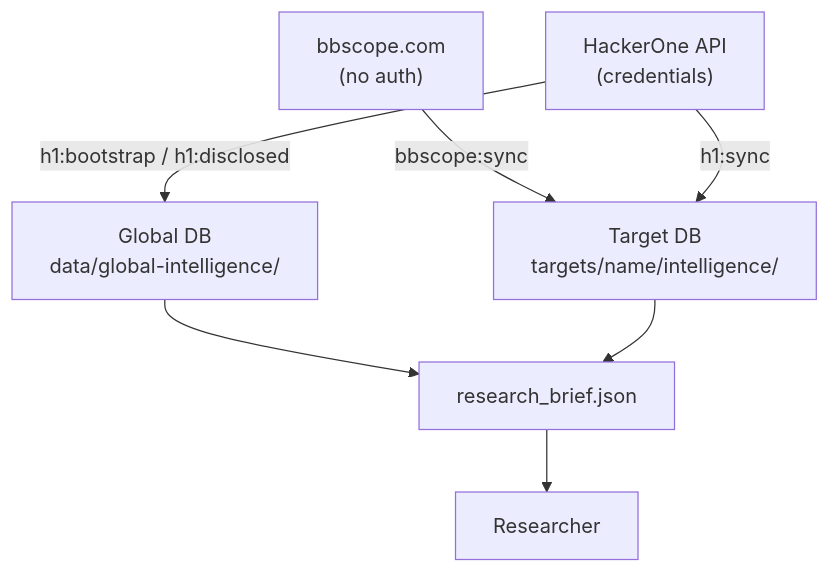
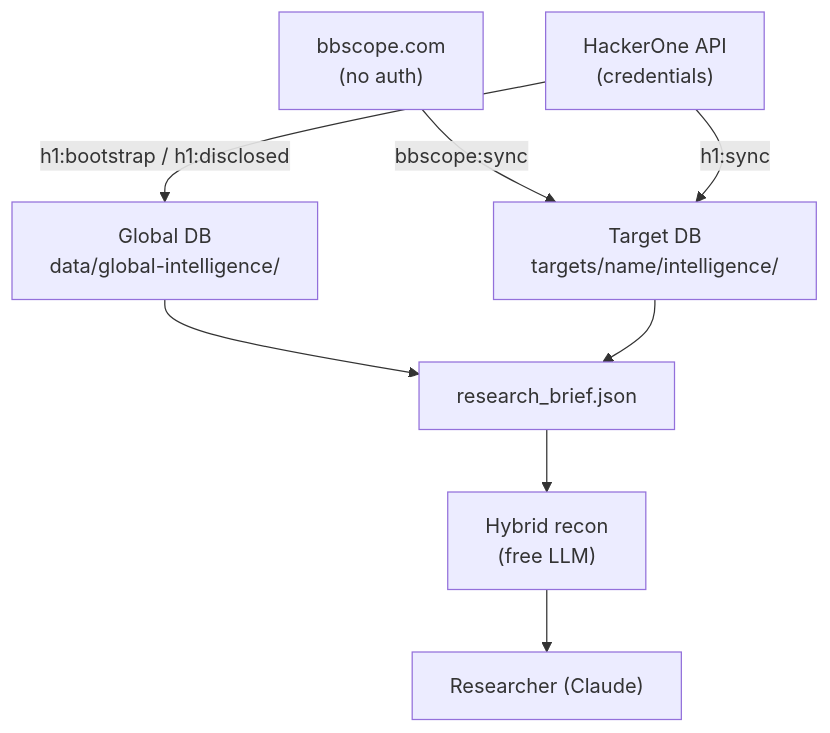
One commit to xlocux/Agentic-BugBounty changed the second of 3 diagrams in docs/GUIDE.md. Above: the diagram before and after it, drawn with Mermaid. The commit also changed other lines of this file and 7 other files, not shown here.

````diff
--- a/docs/GUIDE.md
+++ b/docs/GUIDE.md
@@ -453,16 +406,18 @@
 ```mermaid
 flowchart TD
     BBSCOPE["bbscope.com\n(no auth)"]
     H1API["HackerOne API\n(credentials)"]
     GDB["Global DB\ndata/global-intelligence/"]
     LDB["Target DB\ntargets/name/intelligence/"]
     BRIEF["research_brief.json"]
-    R["Researcher"]
+    HR["Hybrid recon\n(free LLM)"]
+    R["Researcher (Claude)"]
 
     BBSCOPE -- "bbscope:sync" --> LDB
     H1API -- "h1:bootstrap / h1:disclosed" --> GDB
     H1API -- "h1:sync" --> LDB
     GDB --> BRIEF
     LDB --> BRIEF
-    BRIEF --> R
+    BRIEF --> HR
+    HR --> R
 ```
````
